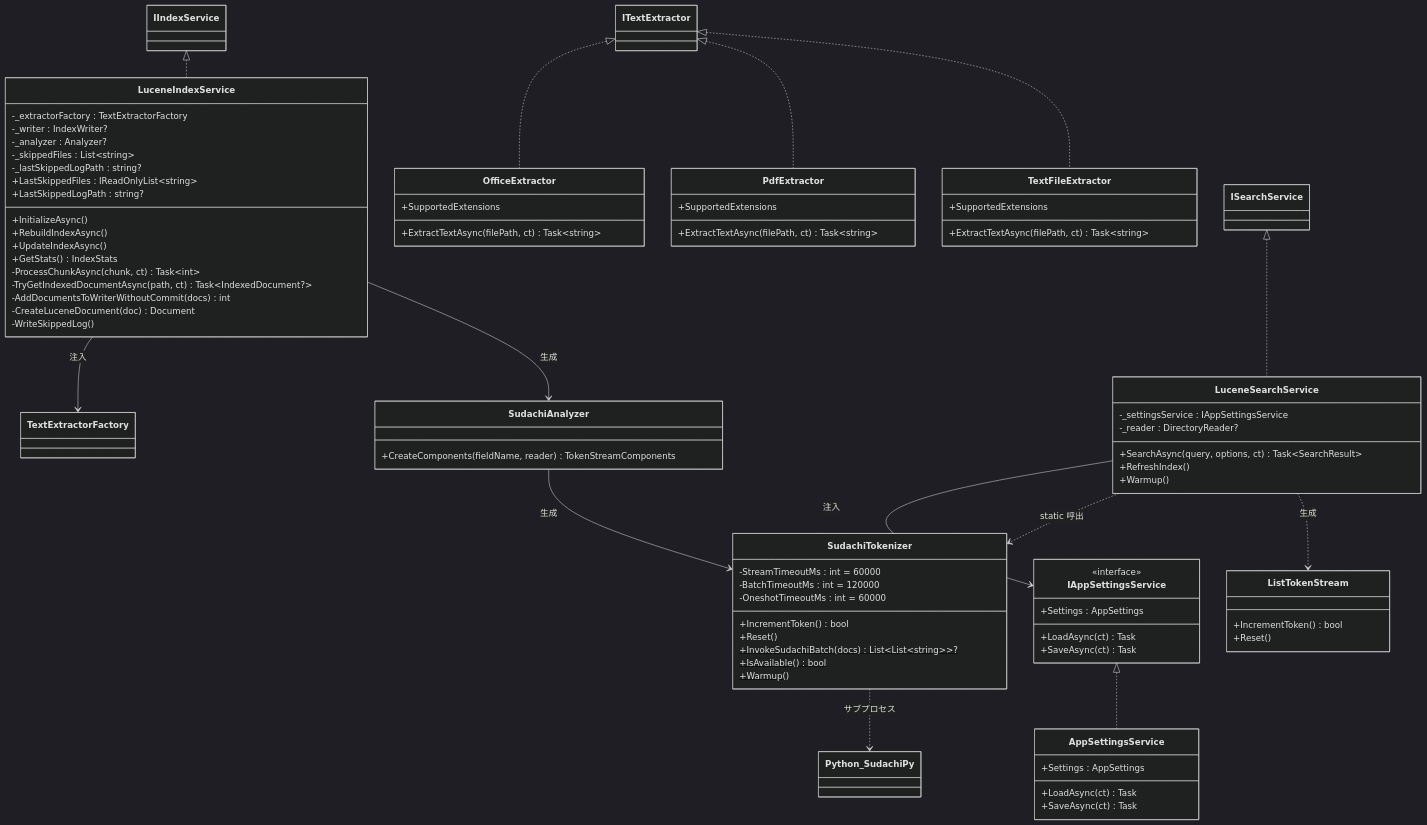
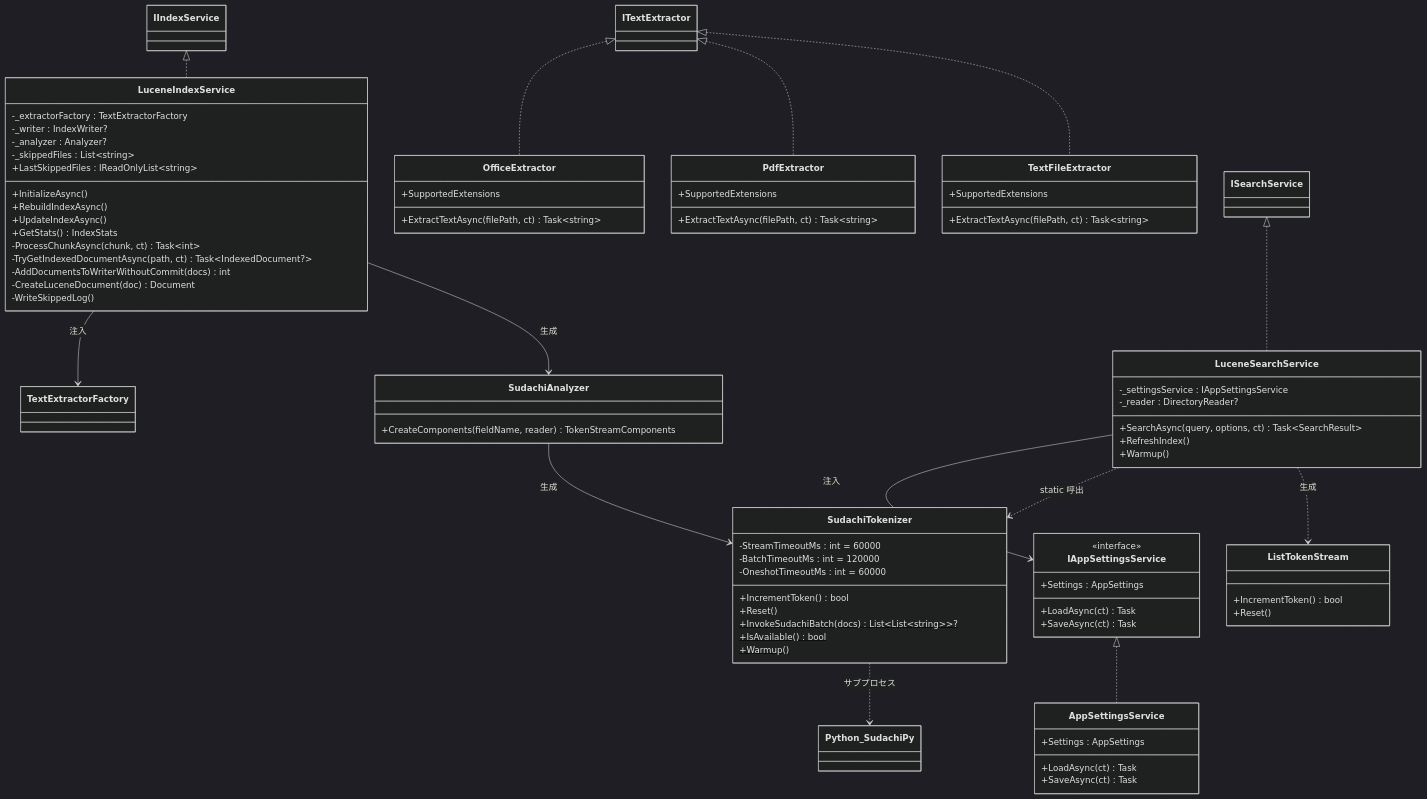
One commit to zndmonya-dot/FileSearchApp- changed the fourth of 15 diagrams in docs/UML図.md. Above: the diagram before and after it, drawn with Mermaid (dark theme). The commit also changed other lines of this file and 64 other files, not shown here.

```diff
--- a/docs/UML図.md
+++ b/docs/UML図.md
@@ -254,13 +253,11 @@
         -_writer : IndexWriter?
         -_analyzer : Analyzer?
         -_skippedFiles : List~string~
-        -_lastSkippedLogPath : string?
         +InitializeAsync()
         +RebuildIndexAsync()
         +UpdateIndexAsync()
         +GetStats() IndexStats
         +LastSkippedFiles : IReadOnlyList~string~
-        +LastSkippedLogPath : string?
         -ProcessChunkAsync(chunk, ct) Task~int~
         -TryGetIndexedDocumentAsync(path, ct) Task~IndexedDocument?~
         -AddDocumentsToWriterWithoutCommit(docs) int
```
